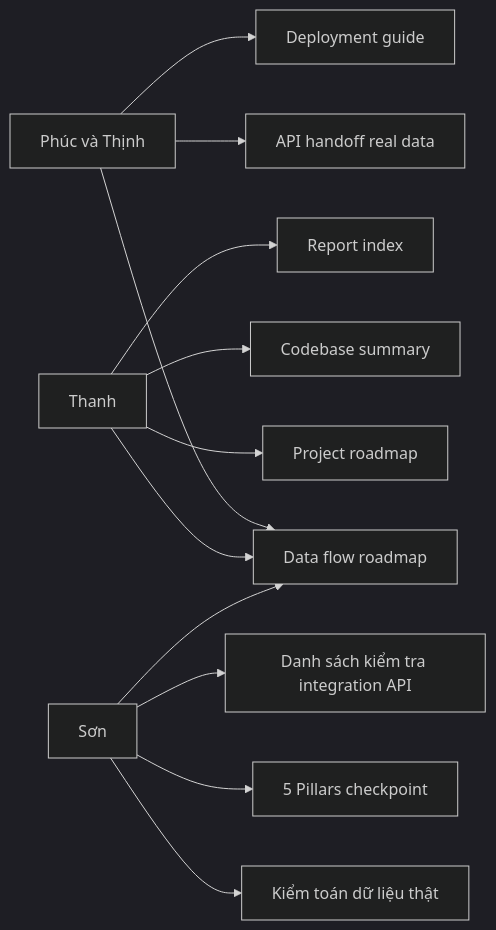
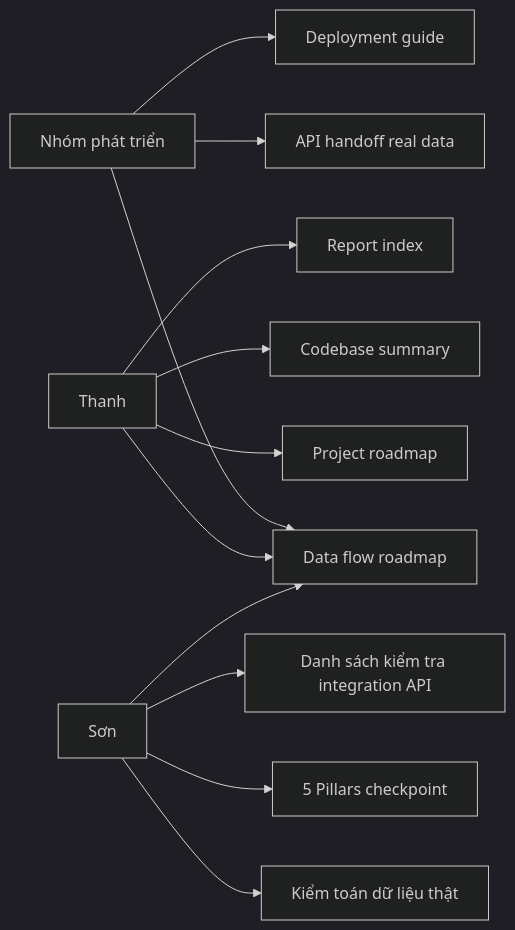
One commit to uit-25730067-chithanh/AI002-Team22-DT10 changed the second of 2 diagrams in docs/README.md. Above: the diagram before and after it, drawn with Mermaid (dark theme). The commit also changed 129 other files, not shown here.

````diff
--- a/docs/README.md
+++ b/docs/README.md
@@ -55,16 +55,16 @@
 ```mermaid
 flowchart LR
-    A[Phúc và Thịnh] --> B[Data flow roadmap]
+    A[Nhóm phát triển] --> B[Data flow roadmap]
     A --> C[API handoff real data]
     A --> D[Deployment guide]
 
     E[Thanh] --> B
     E --> F[Project roadmap]
     E --> G[Codebase summary]
     E --> L[Report index]
 
     H[Sơn] --> B
     H --> I[Kiểm toán dữ liệu thật]
     H --> J[5 Pillars checkpoint]
     H --> K[Danh sách kiểm tra integration API]
 ```
````
